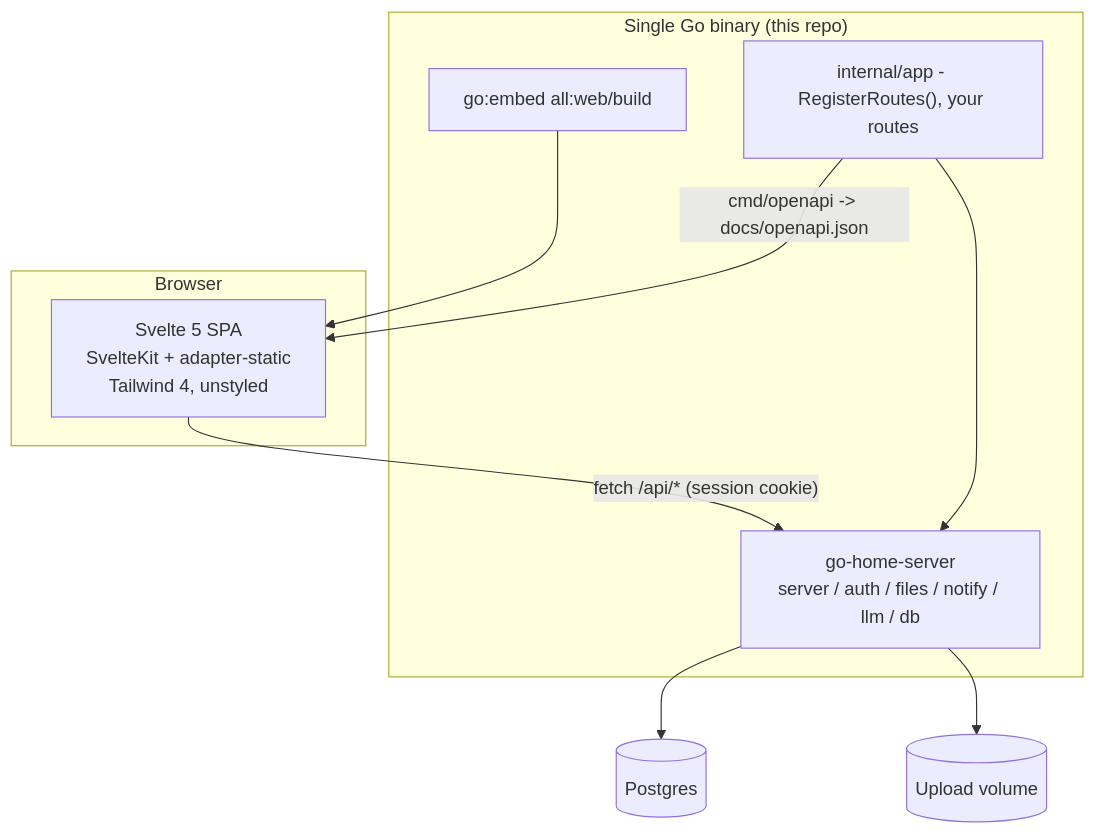
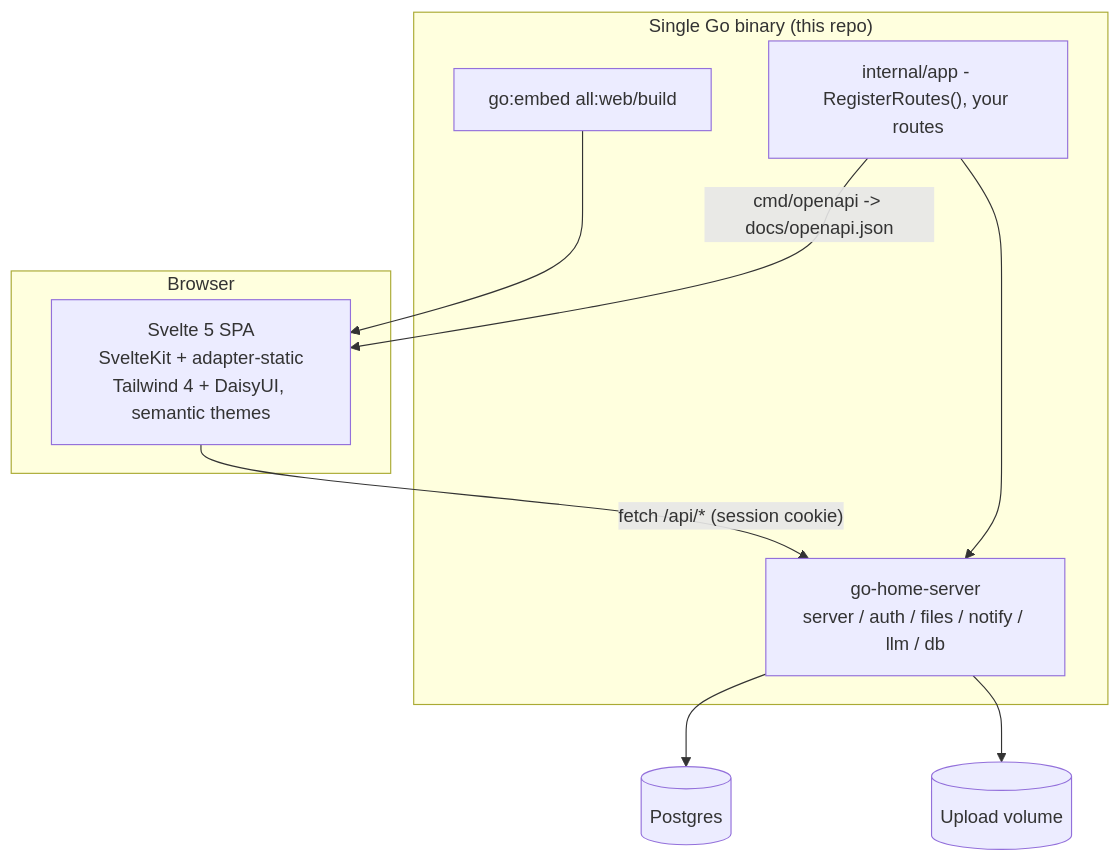
The diagram in docs/tech-stack.md (robert-crandall/go-home-template), drawn with Mermaid before and after one commit. The commit also changed other lines of this file and 22 other files, not shown here.

First line of the commit message:
Restore DaisyUI with a semantic theme contract (#62)

````diff
--- a/docs/tech-stack.md
+++ b/docs/tech-stack.md
@@ -34,22 +34,22 @@
 ```mermaid
 graph TD
   subgraph browser["Browser"]
-    SPA["Svelte 5 SPA<br/>SvelteKit + adapter-static<br/>Tailwind 4, unstyled"]
+    SPA["Svelte 5 SPA<br/>SvelteKit + adapter-static<br/>Tailwind 4 + DaisyUI, semantic themes"]
   end
 
   subgraph binary["Single Go binary (this repo)"]
     EMBED["go:embed all:web/build"]
     APP["internal/app - RegisterRoutes(), your routes"]
     FOUND["go-home-server<br/>server / auth / files / notify / llm / db"]
   end
 
   PG[("Postgres")]
   DISK[("Upload volume")]
 
   SPA -->|"fetch /api/* (session cookie)"| FOUND
   EMBED --> SPA
   APP --> FOUND
   FOUND --> PG
   FOUND --> DISK
   APP -->|"cmd/openapi -> docs/openapi.json"| SPA
 ```
````
